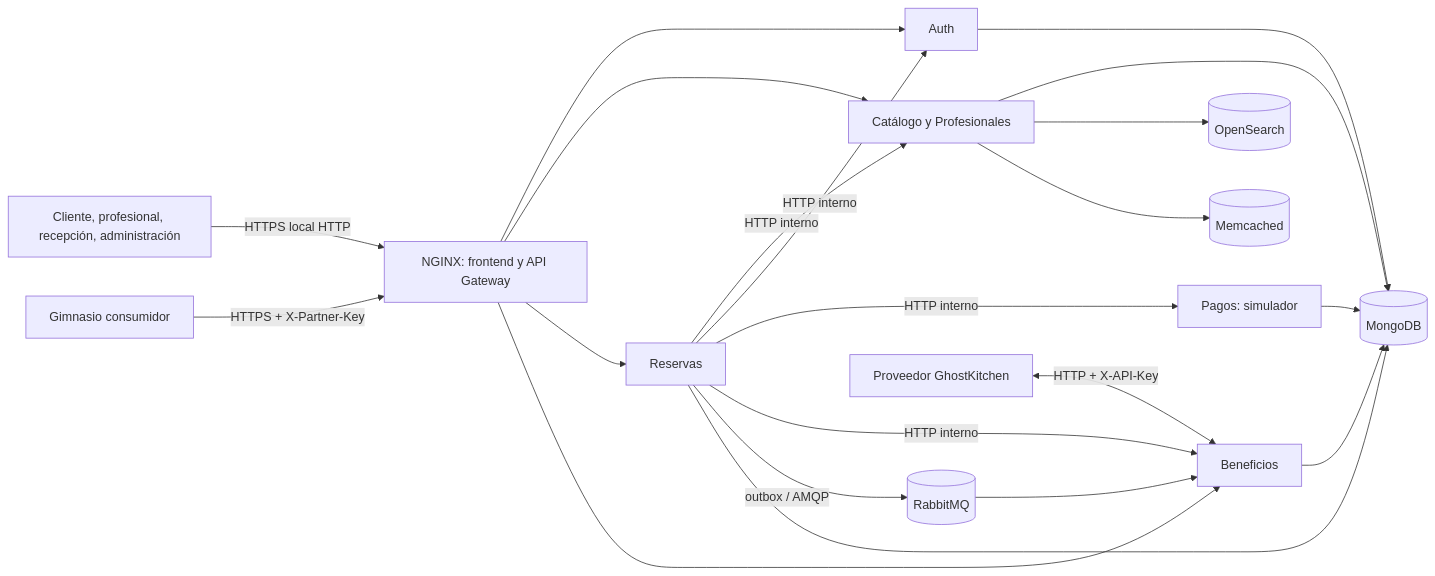
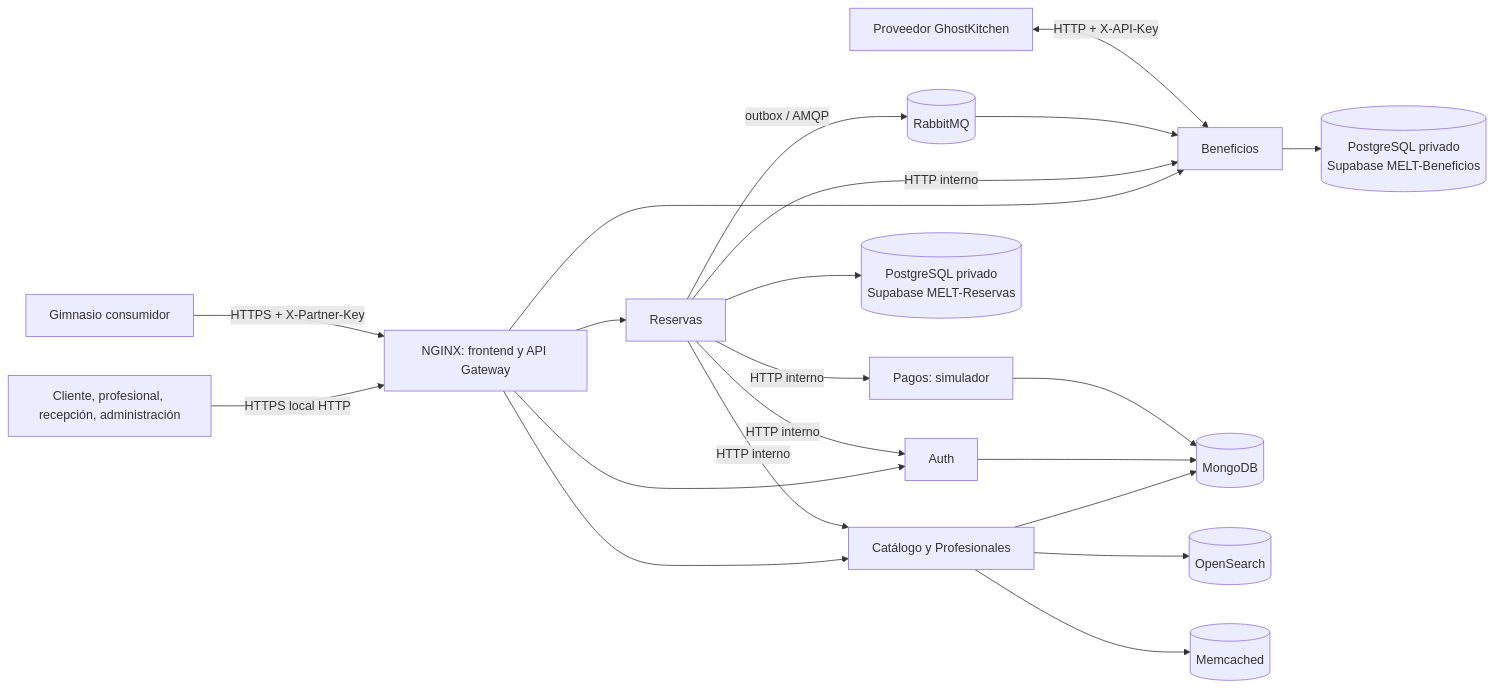
The first of 3 diagrams in docs/ARCHITECTURE.md (annagarebertoo/MELT), drawn with Mermaid before and after one commit. The commit also changed other lines of this file and 26 other files, not shown here.

Commit message:
feat: migrate reservas and benefits to Supabase PostgreSQL

````diff
--- a/docs/ARCHITECTURE.md
+++ b/docs/ARCHITECTURE.md
@@ -7,23 +7,23 @@
 ```mermaid
 flowchart LR
   U[Cliente, profesional, recepción, administración] -->|HTTPS local HTTP| G[NGINX: frontend y API Gateway]
   G --> A[Auth]
   G --> C[Catálogo y Profesionales]
   G --> R[Reservas]
   G --> B[Beneficios]
   R -->|HTTP interno| C
   R -->|HTTP interno| A
   R -->|HTTP interno| P[Pagos: simulador]
   R -->|HTTP interno| B
   R -->|outbox / AMQP| Q[(RabbitMQ)]
   Q --> B
   C --> M[(MongoDB)]
   A --> M
-  R --> M
   P --> M
-  B --> M
+  R --> RDB[(PostgreSQL privado<br/>Supabase MELT-Reservas)]
+  B --> BDB[(PostgreSQL privado<br/>Supabase MELT-Beneficios)]
   C --> O[(OpenSearch)]
   C --> K[(Memcached)]
   J[Proveedor GhostKitchen] <-->|HTTP + X-API-Key| B
   X[Gimnasio consumidor] -->|HTTPS + X-Partner-Key| G
 ```
````
